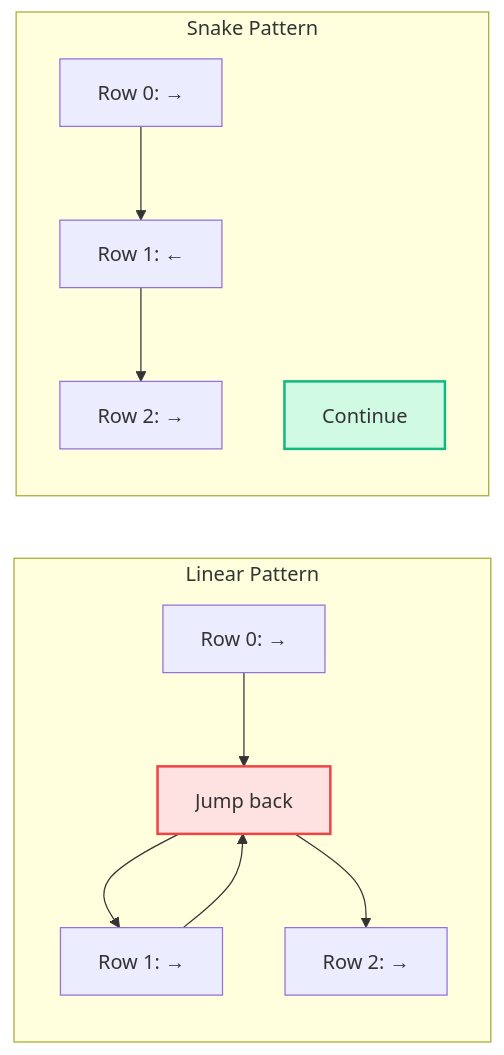
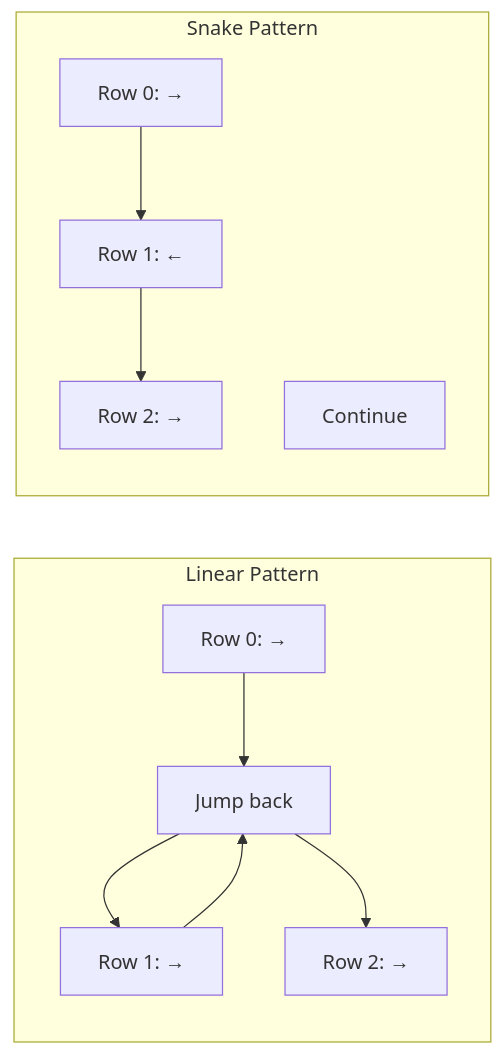
The diagram in projects/composablekernel/docs/conceptual/ck_tile/space_filling_curve.rst (hdt98/rocm-libraries), drawn with Mermaid before and after one commit. The commit also changed other lines of this file and 21 other files, not shown here.

First line of the commit message:
[ck] Updated CK Tile documentation to use mermaid diagrams (#7955)

```diff
--- a/projects/composablekernel/docs/conceptual/ck_tile/space_filling_curve.rst
+++ b/projects/composablekernel/docs/conceptual/ck_tile/space_filling_curve.rst
@@ -196,27 +193,24 @@
-      .. mermaid::
-      
-         graph LR
-             subgraph "Linear Pattern"
-                 L1["Row 0: →"]
-                 L2["Row 1: →"]
-                 L3["Jump back"]
-                 L4["Row 2: →"]
-             end
-             
-             subgraph "Snake Pattern"
-                 S1["Row 0: →"]
-                 S2["Row 1: ←"]
-                 S3["Continue"]
-                 S4["Row 2: →"]
-             end
-             
-             L1 --> L3
-             L3 --> L2
-             L2 --> L3
-             L3 --> L4
-             
-             S1 --> S2
-             S2 --> S4
-             
-             style L3 fill:#fee2e2,stroke:#ef4444,stroke-width:2px
-             style S3 fill:#d1fae5,stroke:#10b981,stroke-width:2px
+.. mermaid::
+
+   graph LR
+       subgraph "Linear Pattern"
+           L1["Row 0: →"]
+           L2["Row 1: →"]
+           L3["Jump back"]
+           L4["Row 2: →"]
+       end
+
+       subgraph "Snake Pattern"
+           S1["Row 0: →"]
+           S2["Row 1: ←"]
+           S3["Continue"]
+           S4["Row 2: →"]
+       end
+
+       L1 --> L3
+       L3 --> L2
+       L2 --> L3
+       L3 --> L4
+
+       S1 --> S2
+       S2 --> S4
```
